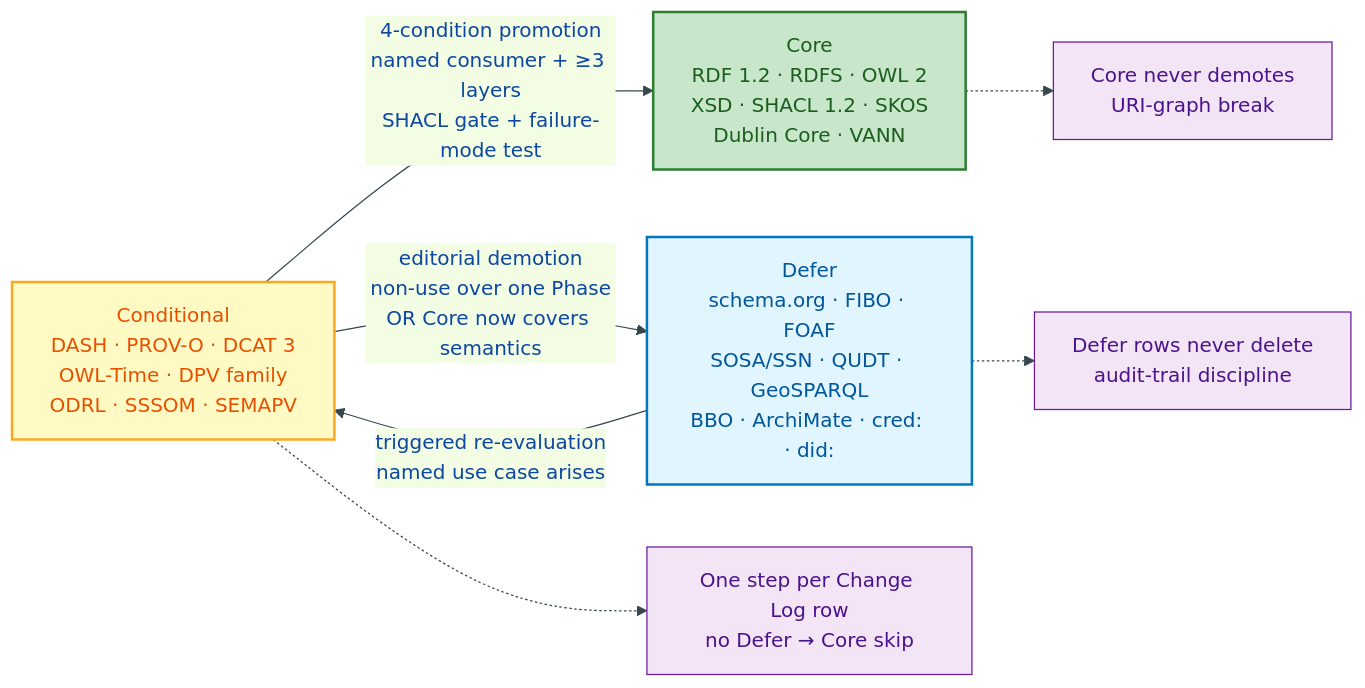
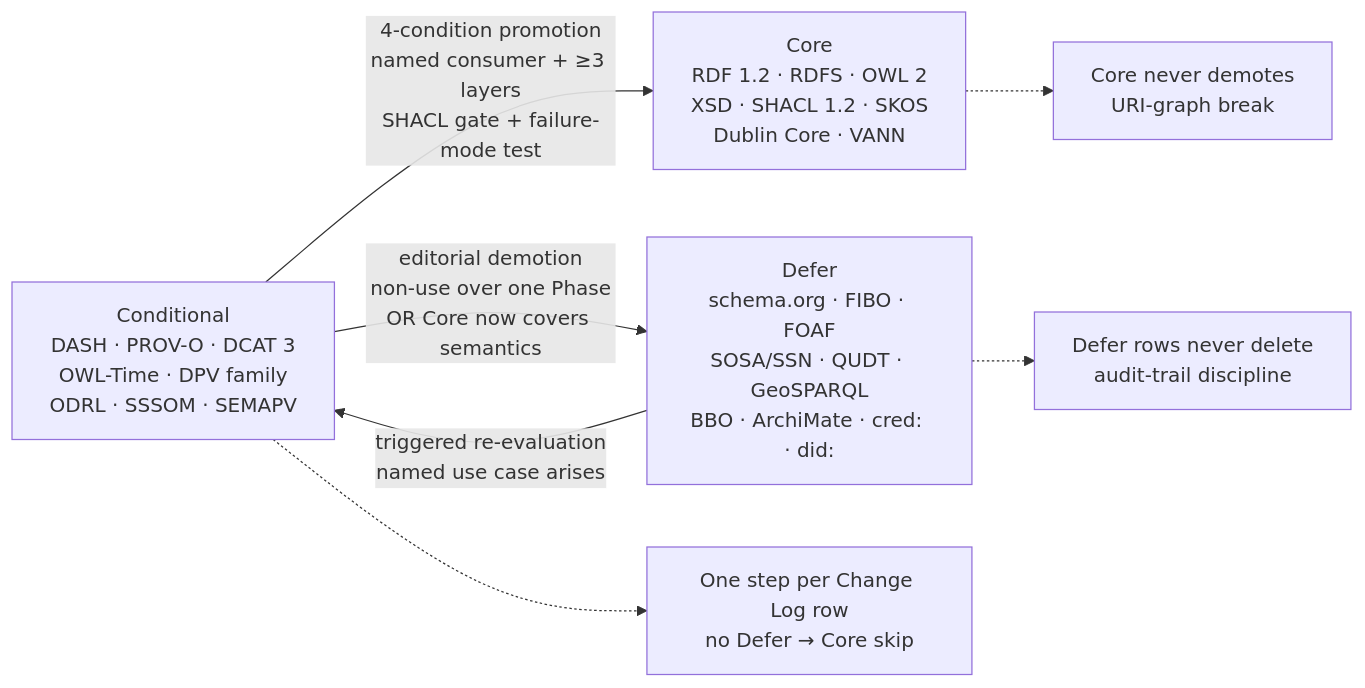
One commit to sparkling/opda changed the second of 3 diagrams in docs/ontology/odr/ODR-0002-ontology-language-adoption.md. Above: the diagram before and after it, drawn with Mermaid. The commit also changed other lines of this file and 25 other files, not shown here.

````diff
--- a/docs/ontology/odr/ODR-0002-ontology-language-adoption.md
+++ b/docs/ontology/odr/ODR-0002-ontology-language-adoption.md
@@ -65,26 +60,21 @@
 ```mermaid
-%%{init:{"theme":"base","themeVariables":{"primaryColor":"#E3F2FD","primaryTextColor":"#0D47A1","primaryBorderColor":"#1565C0","lineColor":"#37474F"}}}%%
 flowchart LR
     accTitle: Three-tier vocabulary catalogue structure
     accDescr: Shows Core, Conditional, and Defer tiers with promotion and demotion rules between them.
-    classDef core fill:#C8E6C9,stroke:#2E7D32,stroke-width:2px,color:#1B5E20
-    classDef cond fill:#FFF9C4,stroke:#F9A825,stroke-width:2px,color:#E65100
-    classDef defer fill:#E1F5FE,stroke:#0277BD,stroke-width:2px,color:#01579B
-    classDef rule fill:#F3E5F5,stroke:#6A1B9A,stroke-width:1px,color:#4A148C
 
-    CORE["Core<br/>RDF 1.2 · RDFS · OWL 2<br/>XSD · SHACL 1.2 · SKOS<br/>Dublin Core · VANN"]:::core
-    COND["Conditional<br/>DASH · PROV-O · DCAT 3<br/>OWL-Time · DPV family<br/>ODRL · SSSOM · SEMAPV"]:::cond
-    DEFER["Defer<br/>schema.org · FIBO · FOAF<br/>SOSA/SSN · QUDT · GeoSPARQL<br/>BBO · ArchiMate · cred: · did:"]:::defer
+    CORE["Core<br/>RDF 1.2 · RDFS · OWL 2<br/>XSD · SHACL 1.2 · SKOS<br/>Dublin Core · VANN"]:::success
+    COND["Conditional<br/>DASH · PROV-O · DCAT 3<br/>OWL-Time · DPV family<br/>ODRL · SSSOM · SEMAPV"]:::warning
+    DEFER["Defer<br/>schema.org · FIBO · FOAF<br/>SOSA/SSN · QUDT · GeoSPARQL<br/>BBO · ArchiMate · cred: · did:"]:::process
 
     COND -->|"4-condition promotion<br/>named consumer + ≥3 layers<br/>SHACL gate + failure-mode test"| CORE
     COND -->|"editorial demotion<br/>non-use over one Phase<br/>OR Core now covers semantics"| DEFER
     DEFER -->|"triggered re-evaluation<br/>named use case arises"| COND
 
-    NOTE1["Core never demotes<br/>URI-graph break"]:::rule
-    NOTE2["Defer rows never delete<br/>audit-trail discipline"]:::rule
-    NOTE3["One step per Change Log row<br/>no Defer → Core skip"]:::rule
+    NOTE1["Core never demotes<br/>URI-graph break"]:::user
+    NOTE2["Defer rows never delete<br/>audit-trail discipline"]:::user
+    NOTE3["One step per Change Log row<br/>no Defer → Core skip"]:::user
 
     CORE -.-> NOTE1
     DEFER -.-> NOTE2
     COND -.-> NOTE3
 ```
````
